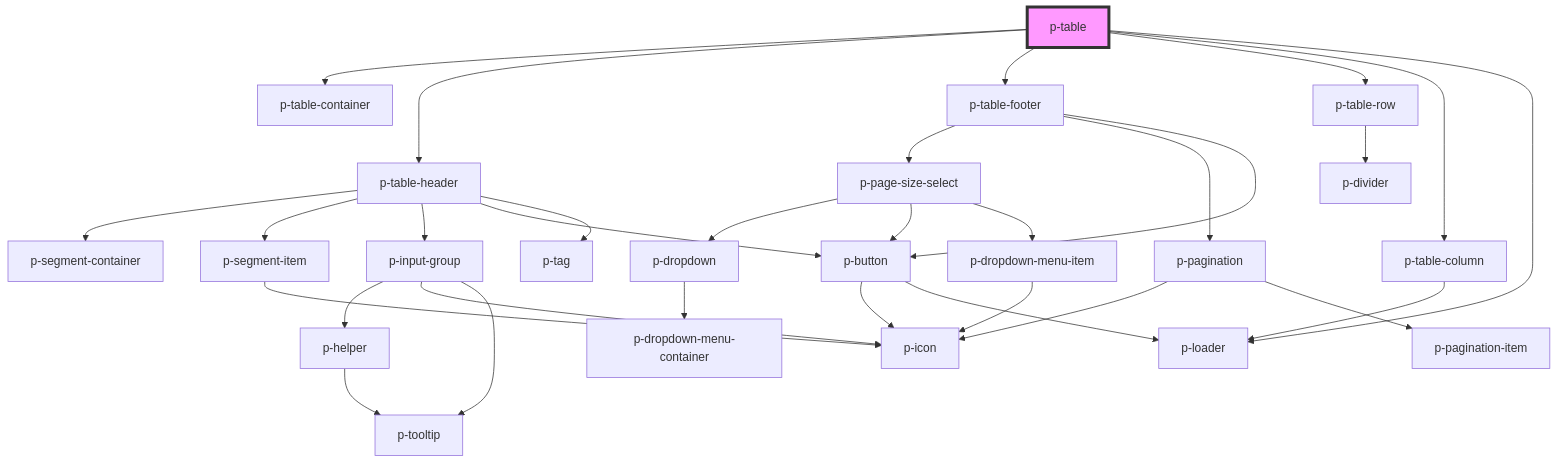
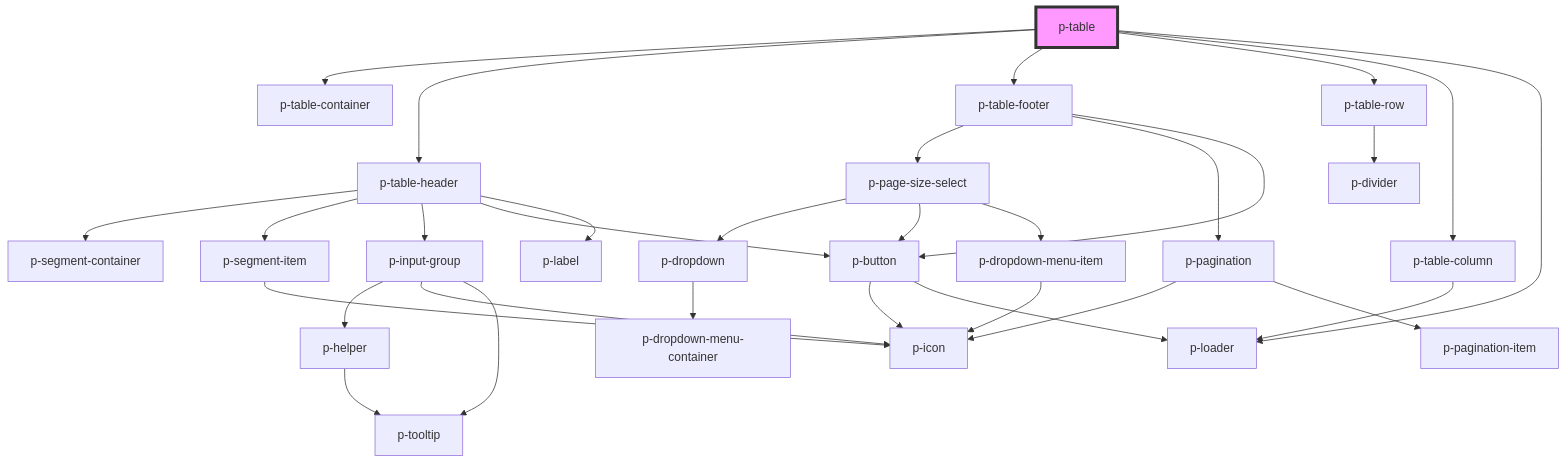
Before and after one commit to Employes/paperless: the diagram in packages/core/src/components/organisms/table/readme.md, drawn with Mermaid. The commit also changed 12 other files, not shown here.

Commit message:
feat(Atoms): Rename tag to label & add small size

````diff
--- a/packages/core/src/components/organisms/table/readme.md
+++ b/packages/core/src/components/organisms/table/readme.md
@@ -75,34 +75,34 @@
 ```mermaid
 graph TD;
   p-table --> p-table-container
   p-table --> p-table-header
   p-table --> p-table-footer
   p-table --> p-table-row
   p-table --> p-table-column
   p-table --> p-loader
   p-table-header --> p-segment-container
   p-table-header --> p-segment-item
   p-table-header --> p-input-group
   p-table-header --> p-button
-  p-table-header --> p-tag
+  p-table-header --> p-label
   p-segment-item --> p-icon
   p-input-group --> p-helper
   p-input-group --> p-icon
   p-input-group --> p-tooltip
   p-helper --> p-tooltip
   p-button --> p-icon
   p-button --> p-loader
   p-table-footer --> p-page-size-select
   p-table-footer --> p-pagination
   p-table-footer --> p-button
   p-page-size-select --> p-dropdown
   p-page-size-select --> p-button
   p-page-size-select --> p-dropdown-menu-item
   p-dropdown --> p-dropdown-menu-container
   p-dropdown-menu-item --> p-icon
   p-pagination --> p-icon
   p-pagination --> p-pagination-item
   p-table-row --> p-divider
   p-table-column --> p-loader
   style p-table fill:#f9f,stroke:#333,stroke-width:4px
 ```
````
